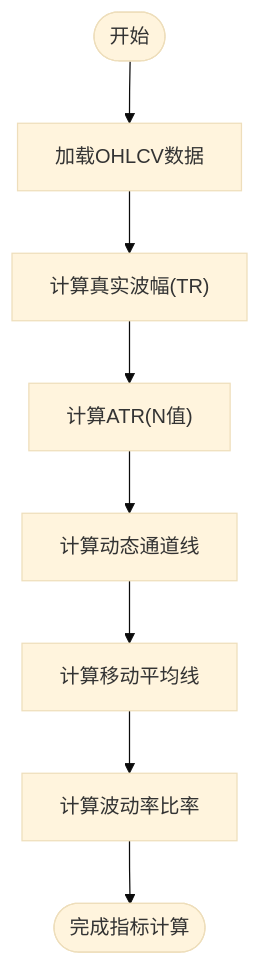
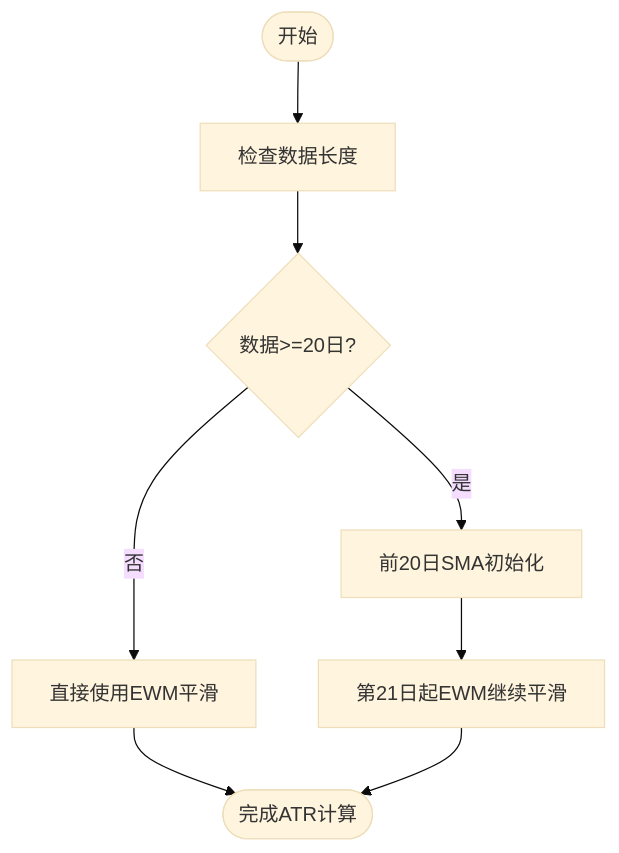
The third of 8 diagrams in .qoder/repowiki/zh/content/核心功能模块/策略计算模块.md (raymodny-ai/The-Modern-Turtle-Protocol), drawn with Mermaid (base theme) before and after one commit. The commit also changed other lines of this file and 15 other files, not shown here.

````diff
--- a/.qoder/repowiki/zh/content/核心功能模块/策略计算模块.md
+++ b/.qoder/repowiki/zh/content/核心功能模块/策略计算模块.md
@@ -148,10 +149,10 @@
 ```mermaid
 flowchart TD
-Start(["开始"]) --> LoadData["加载OHLCV数据"]
-LoadData --> CalcTR["计算真实波幅(TR)"]
-CalcTR --> CalcATR["计算ATR(N值)"]
-CalcATR --> CalcChannels["计算动态通道线"]
-CalcChannels --> CalcSMA["计算移动平均线"]
-CalcSMA --> CalcVolRatio["计算波动率比率"]
-CalcVolRatio --> End(["完成指标计算"])
+Start(["开始"]) --> CheckData["检查数据长度"]
+CheckData --> DataEnough{"数据>=20日?"}
+DataEnough --> |否| DirectEWM["直接使用EWM平滑"]
+DataEnough --> |是| SMAInit["前20日SMA初始化"]
+SMAInit --> EWMContinue["第21日起EWM继续平滑"]
+DirectEWM --> End(["完成ATR计算"])
+EWMContinue --> End
 ```
````
